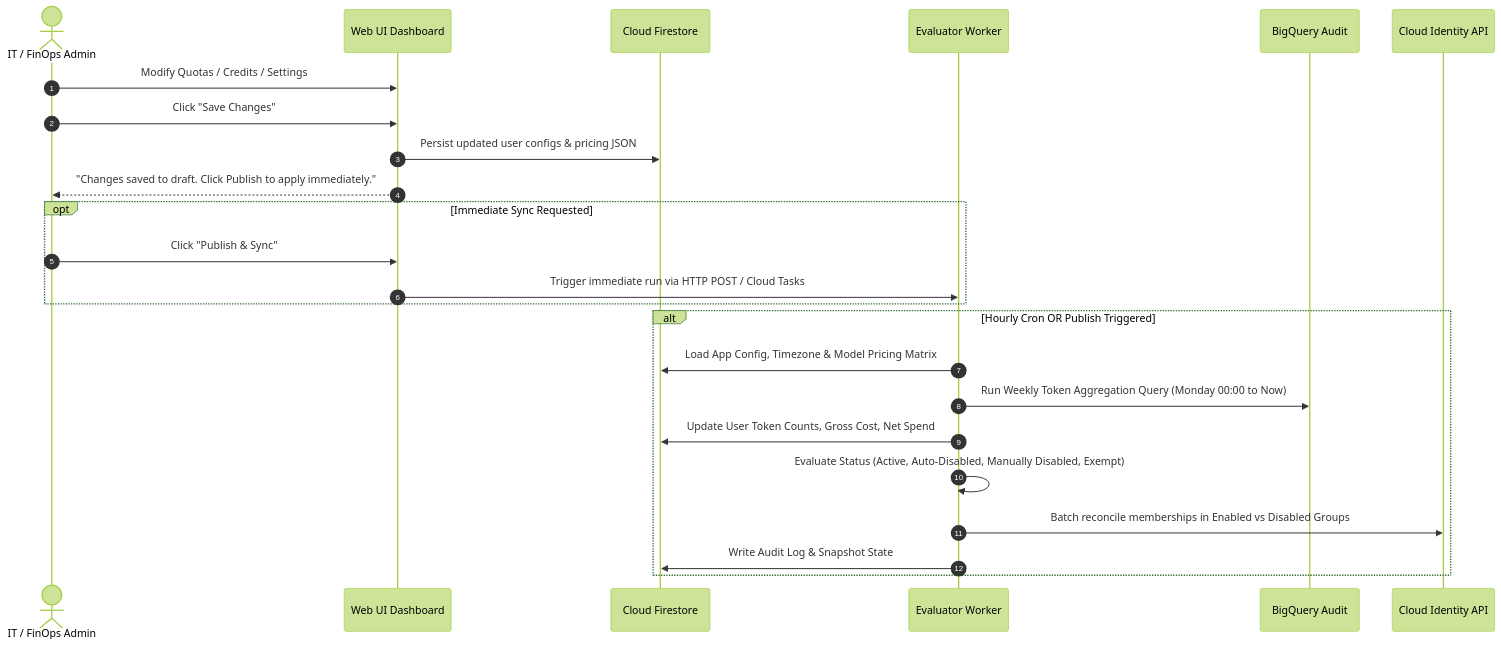
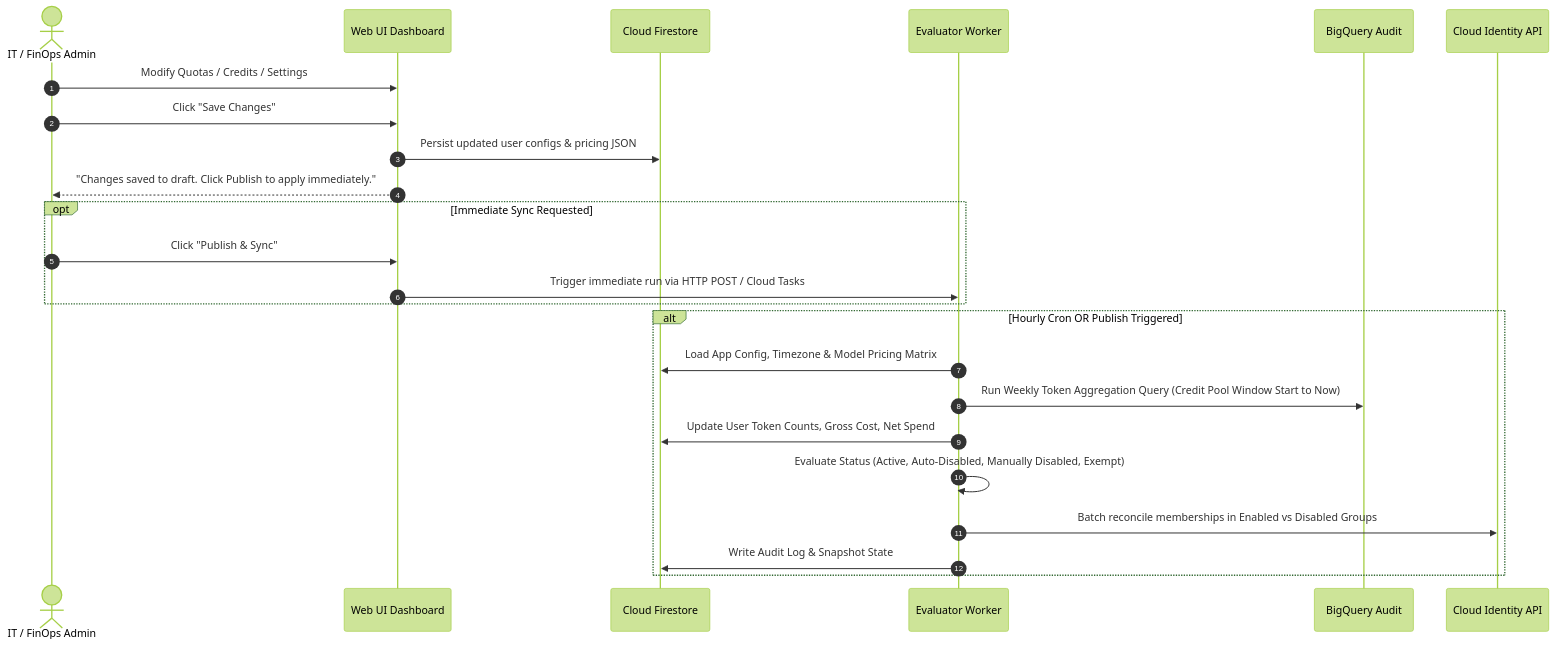
One commit to agentspace-ge/agy-quota-config-dash changed the second of 5 diagrams in SPECIFICATION.md. Above: the diagram before and after it, drawn with Mermaid (forest theme). The commit also changed other lines of this file and 1 other file, not shown here.

Commit message:
docs: update SPECIFICATION.md and README.md with pool-aligned reset architecture

````diff
--- a/SPECIFICATION.md
+++ b/SPECIFICATION.md
@@ -125,29 +125,29 @@
 ```mermaid
 sequenceDiagram
     autonumber
     actor Admin as IT / FinOps Admin
     participant UI as Web UI Dashboard
     participant FS as Cloud Firestore
     participant Worker as Evaluator Worker
     participant BQ as BigQuery Audit
     participant CI as Cloud Identity API
 
     Admin->>UI: Modify Quotas / Credits / Settings
     Admin->>UI: Click "Save Changes"
     UI->>FS: Persist updated user configs & pricing JSON
     UI-->>Admin: "Changes saved to draft. Click Publish to apply immediately."
     
     opt Immediate Sync Requested
         Admin->>UI: Click "Publish & Sync"
         UI->>Worker: Trigger immediate run via HTTP POST / Cloud Tasks
     end
 
     alt Hourly Cron OR Publish Triggered
         Worker->>FS: Load App Config, Timezone & Model Pricing Matrix
-        Worker->>BQ: Run Weekly Token Aggregation Query (Monday 00:00 to Now)
+        Worker->>BQ: Run Weekly Token Aggregation Query (Credit Pool Window Start to Now)
         Worker->>FS: Update User Token Counts, Gross Cost, Net Spend
         Worker->>Worker: Evaluate Status (Active, Auto-Disabled, Manually Disabled, Exempt)
         Worker->>CI: Batch reconcile memberships in Enabled vs Disabled Groups
         Worker->>FS: Write Audit Log & Snapshot State
     end
 ```
````
